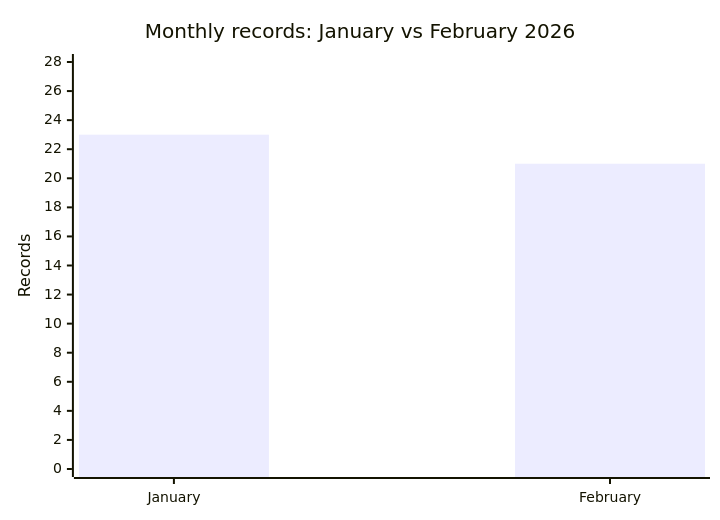
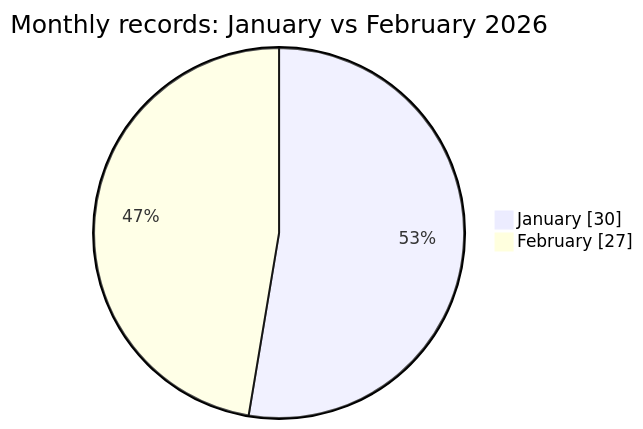
The diagram in comparison/2026/01-january-february/README.md (Hatchepsoute/AFRINTEL), drawn with Mermaid before and after one commit. The commit also changed other lines of this file and 1034 other files, not shown here.

````diff
--- a/comparison/2026/01-january-february/README.md
+++ b/comparison/2026/01-january-february/README.md
@@ -15,7 +19,6 @@
 ```mermaid
-xychart-beta
-    title "Monthly records: January vs February 2026"
-    x-axis [January, February]
-    y-axis "Records" 0 --> 28
-    bar [23, 21]
+pie showData
+    title Monthly records: January vs February 2026
+    "January" : 30
+    "February" : 27
 ```
````
